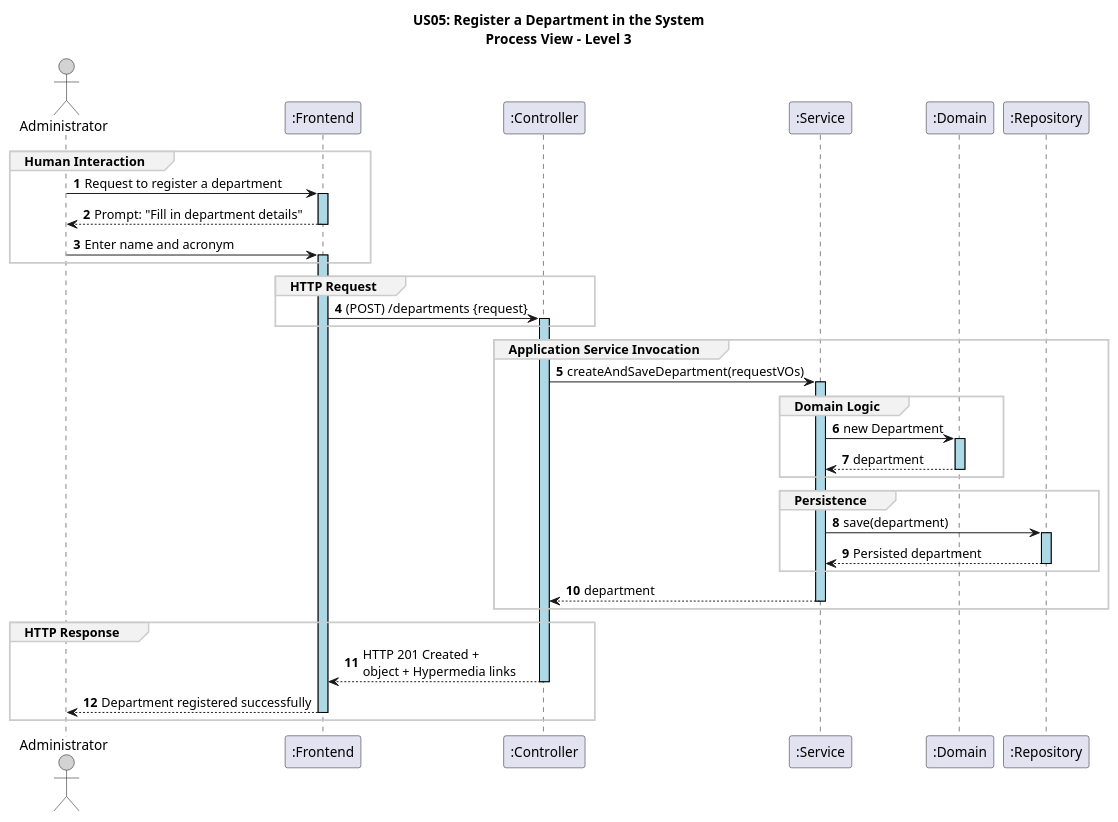
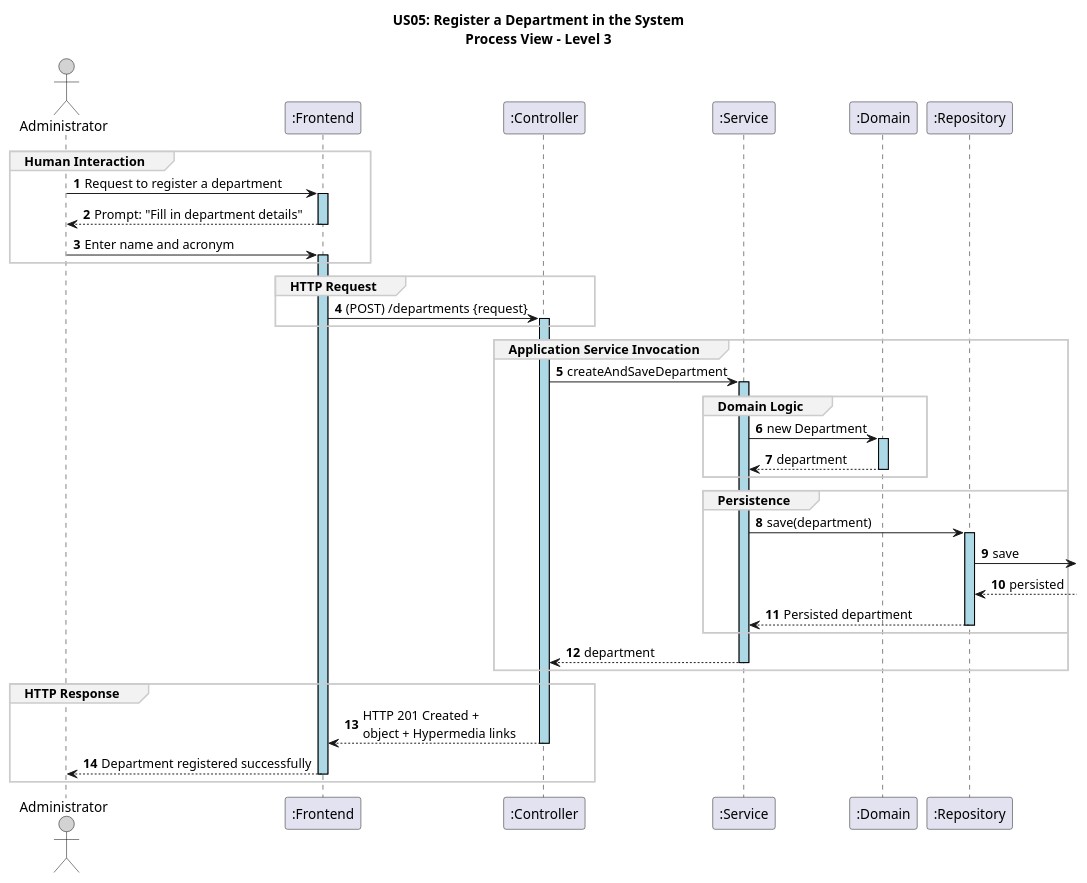
Before and after one commit to GasparISEP/DevOps-PAI: the diagram in docs/US05/sprint6_RestAPI/ProcessView/US05_RestAPI_ProcessView_Level3.puml, drawn with PlantUML. The commit also changed 4 other files, not shown here.

```diff
--- a/docs/US05/sprint6_RestAPI/ProcessView/US05_RestAPI_ProcessView_Level3.puml
+++ b/docs/US05/sprint6_RestAPI/ProcessView/US05_RestAPI_ProcessView_Level3.puml
@@ -1,53 +1,55 @@
 @startuml
 autonumber
 
 skinparam sequence {
     LifelineBorderColor black
     LifelineBackgroundColor LightBlue
     ActorBorderColor black
     ActorBackgroundColor LightGray
     GroupBorderColor #cccccc
     GroupBackgroundColor #f2f2f2
 }
 
 title US05: Register a Department in the System\nProcess View – Level 3
 
 actor ADM as "Administrator"
 participant ":Frontend" as FE
 participant ":Controller" as CT
 participant ":Service" as SE
 participant ":Domain" as DM
 participant ":Repository" as RE
 
 group Human Interaction
 ADM -> FE ++: Request to register a department
 FE --> ADM --: Prompt: "Fill in department details"
 ADM -> FE ++: Enter name and acronym
 end group
 
 group HTTP Request
 FE -> CT ++: (POST) /departments {request}
 end group
 
 group Application Service Invocation
-CT -> SE ++: createAndSaveDepartment(requestVOs)
+CT -> SE ++: createAndSaveDepartment
 
 group Domain Logic
 SE -> DM ++: new Department
 DM --> SE --: department
 end group
 
 group Persistence
 SE -> RE ++: save(department)
+RE -> :save
+RE <-- : persisted
 RE --> SE --: Persisted department
 end group
 
 SE --> CT --: department
 end group
 
 group HTTP Response
 CT --> FE --: HTTP 201 Created + \nobject + Hypermedia links
 FE --> ADM --: Department registered successfully
 end group
 
 @enduml
```
